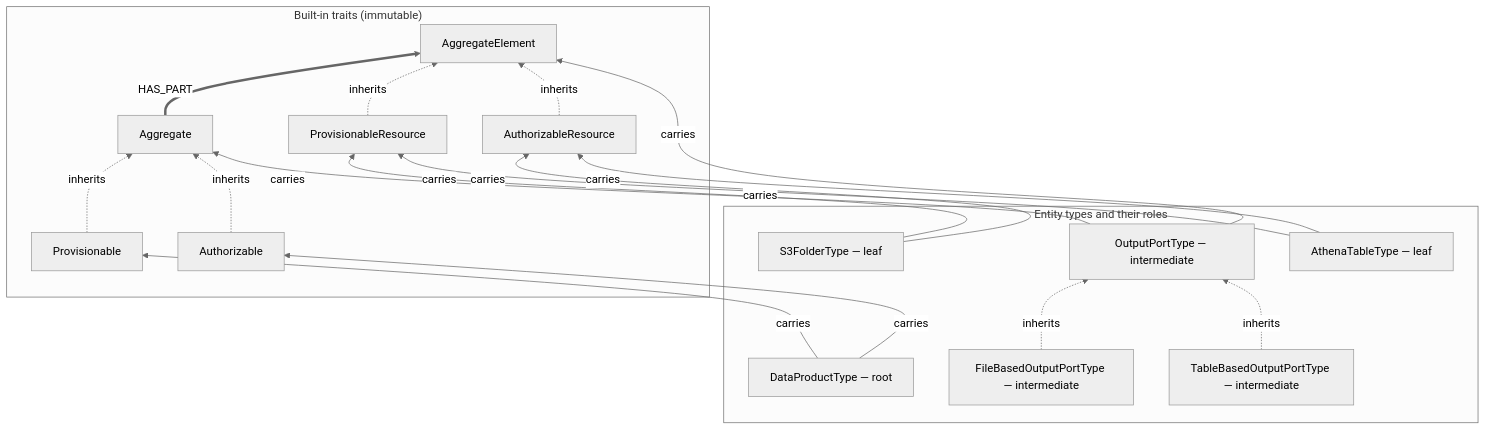
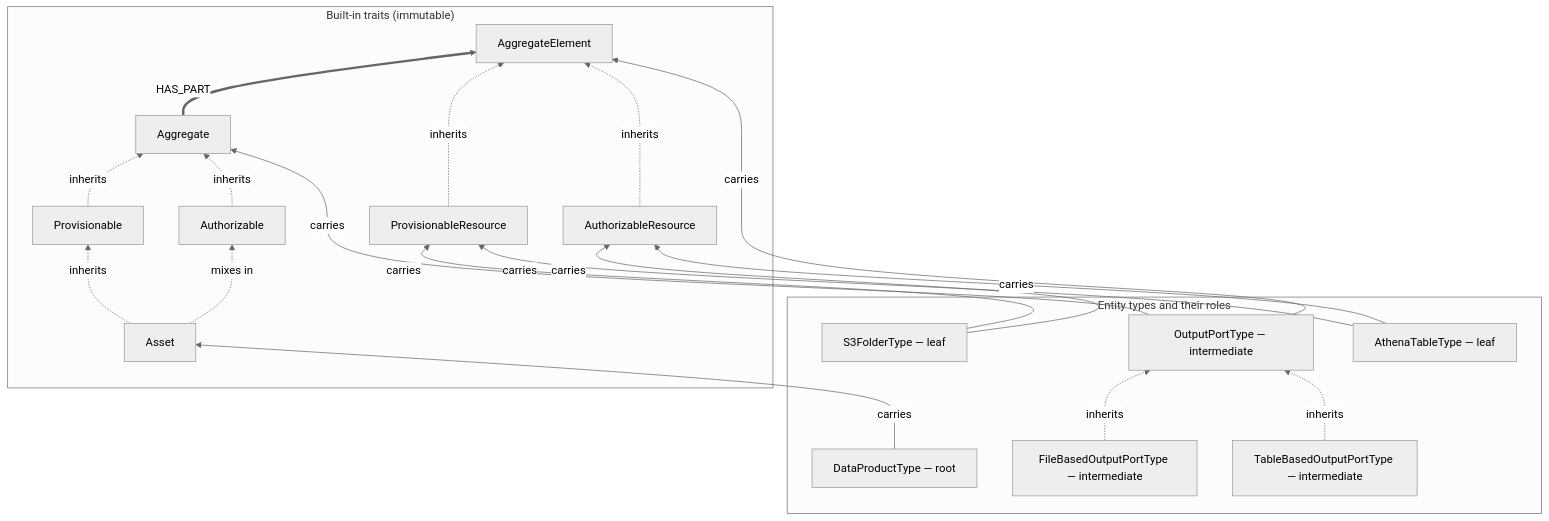
One commit to dgreco/metacatalog changed the second of 3 diagrams in .github/README.md. Above: the diagram before and after it, drawn with Mermaid (neutral theme). The commit also changed other lines of this file and 58 other files, not shown here.

````diff
--- a/.github/README.md
+++ b/.github/README.md
@@ -1258,24 +1368,25 @@
 ```mermaid
 flowchart BT
     subgraph builtin["Built-in traits (immutable)"]
         AGG["Aggregate"]
         ELEM["AggregateElement"]
         AGG =="HAS_PART"==> ELEM
         PROV["Provisionable"] -. inherits .-> AGG
         RES["ProvisionableResource"] -. inherits .-> ELEM
         AUTH["Authorizable"] -. inherits .-> AGG
         AUTHRES["AuthorizableResource"] -. inherits .-> ELEM
+        ASSET["Asset"] -. inherits .-> PROV
+        ASSET -. mixes in .-> AUTH
     end
     subgraph types["Entity types and their roles"]
-        DPT["DataProductType — root"] --"carries"--> PROV
-        DPT --"carries"--> AUTH
+        DPT["DataProductType — root"] --"carries"--> ASSET
         OPT["OutputPortType — intermediate"] --"carries"--> AGG
         OPT --"carries"--> ELEM
         FBT["FileBasedOutputPortType — intermediate"] -. inherits .-> OPT
         TBT["TableBasedOutputPortType — intermediate"] -. inherits .-> OPT
         S3T["S3FolderType — leaf"] --"carries"--> RES
         S3T --"carries"--> AUTHRES
         ATT["AthenaTableType — leaf"] --"carries"--> RES
         ATT --"carries"--> AUTHRES
     end
 ```
````
